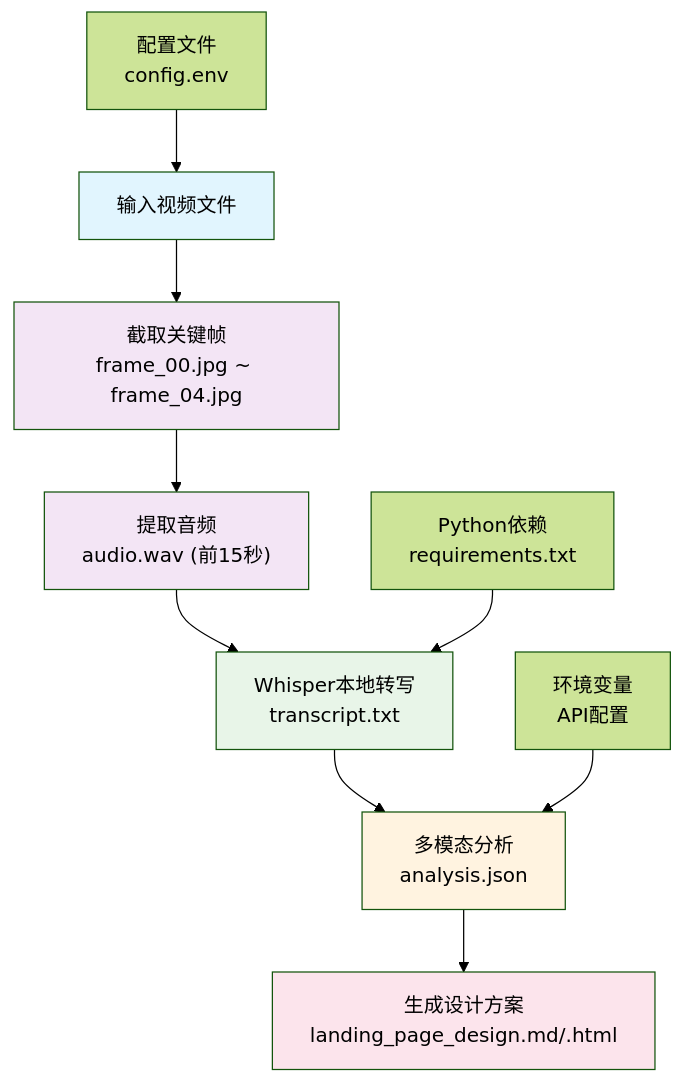
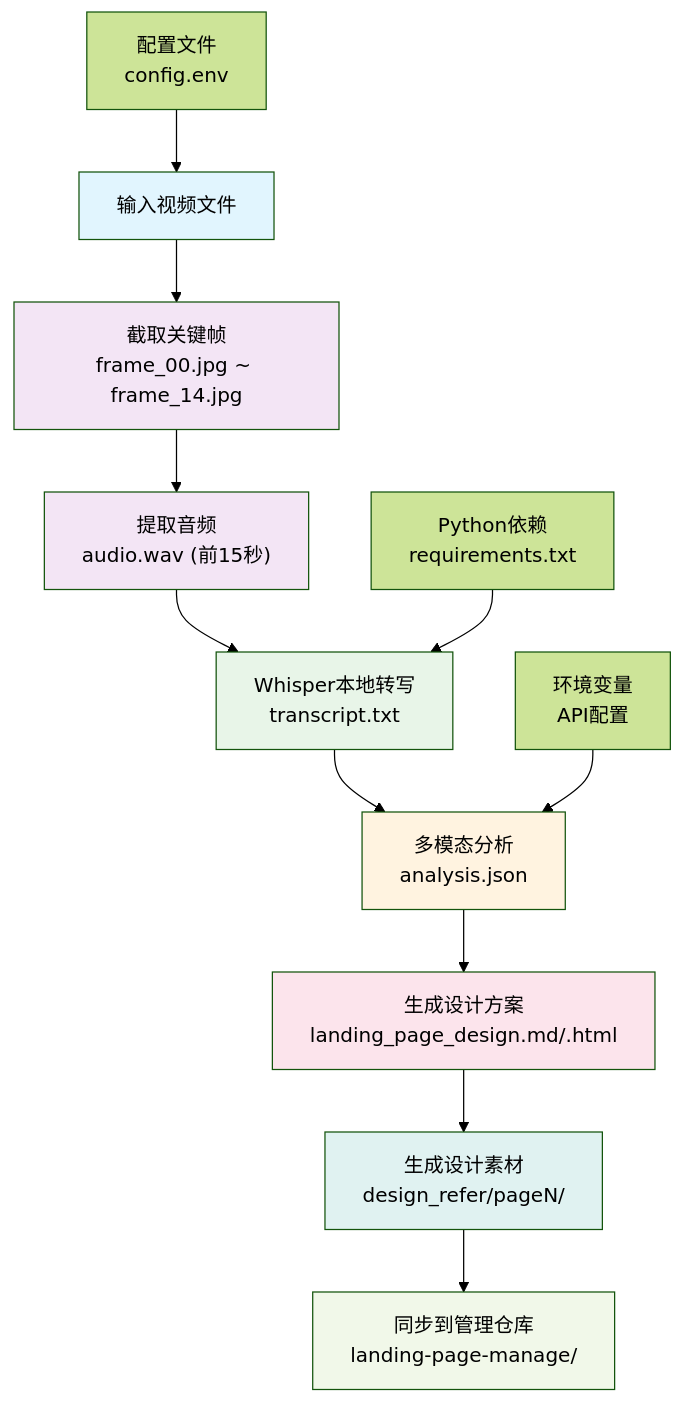
Before and after one commit to WongMingJiu/landingpage-test-hero-page: the diagram in .qoder/repowiki/zh/content/快速开始.md, drawn with Mermaid (forest theme). The commit also changed other lines of this file and 5 other files, not shown here.

Commit message:
feat: 更新 skill 支持双模式（视频分析+生图），更新 README

````diff
--- a/.qoder/repowiki/zh/content/快速开始.md
+++ b/.qoder/repowiki/zh/content/快速开始.md
@@ -223,17 +265,21 @@
 ```mermaid
 flowchart TD
-A["输入视频文件"] --> B["截取关键帧<br/>frame_00.jpg ~ frame_04.jpg"]
+A["输入视频文件"] --> B["截取关键帧<br/>frame_00.jpg ~ frame_14.jpg"]
 B --> C["提取音频<br/>audio.wav (前15秒)"]
 C --> D["Whisper本地转写<br/>transcript.txt"]
 D --> E["多模态分析<br/>analysis.json"]
 E --> F["生成设计方案<br/>landing_page_design.md/.html"]
-G["配置文件<br/>config.env"] --> A
-H["环境变量<br/>API配置"] --> E
-I["Python依赖<br/>requirements.txt"] --> D
+F --> G["生成设计素材<br/>design_refer/pageN/"]
+G --> H["同步到管理仓库<br/>landing-page-manage/"]
+I["配置文件<br/>config.env"] --> A
+J["环境变量<br/>API配置"] --> E
+K["Python依赖<br/>requirements.txt"] --> D
 style A fill:#e1f5fe
 style B fill:#f3e5f5
 style C fill:#f3e5f5
 style D fill:#e8f5e8
 style E fill:#fff3e0
 style F fill:#fce4ec
+style G fill:#e0f2f1
+style H fill:#f1f8e9
 ```
````
